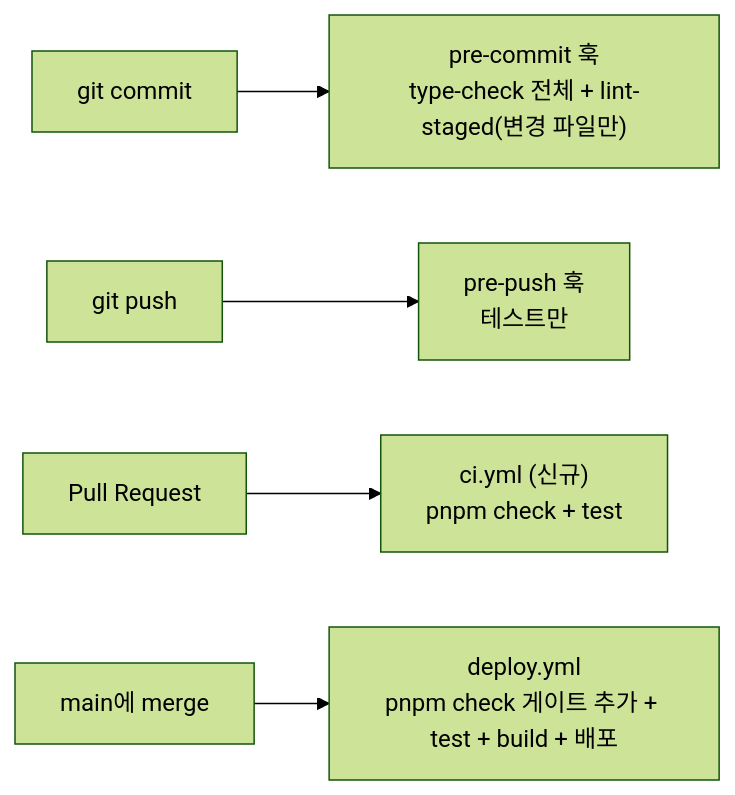
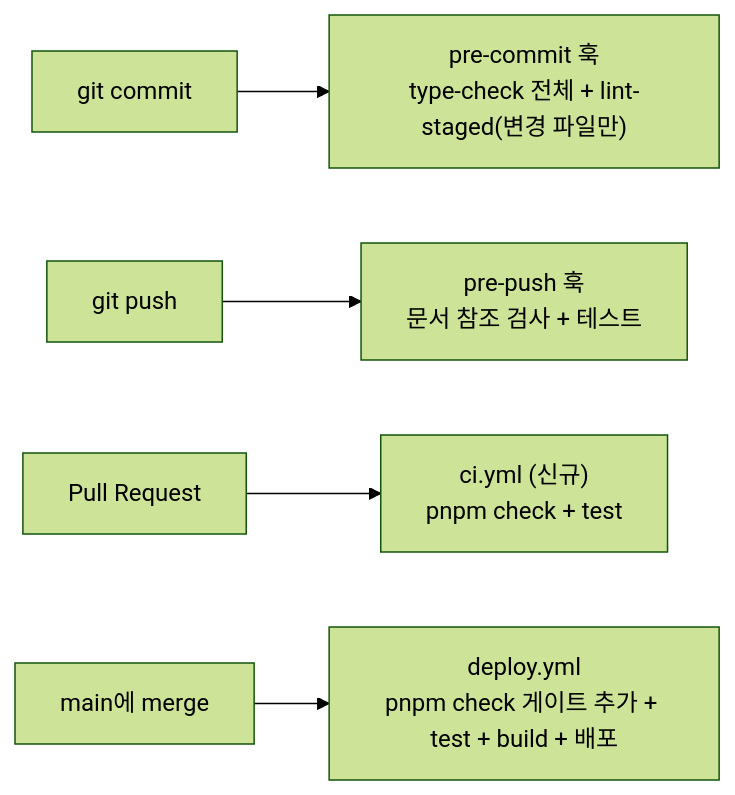
One commit to BAECHAN/link-sphere_FE_NEW changed the diagram in docs/CI-CHECK-GATE.md. Above: the diagram before and after it, drawn with Mermaid (forest theme). The commit also changed other lines of this file and 5 other files, not shown here.

````diff
--- a/docs/CI-CHECK-GATE.md
+++ b/docs/CI-CHECK-GATE.md
@@ -29,7 +29,7 @@
 ```mermaid
 flowchart LR
   Commit["git commit"] --> PreCommit["pre-commit 훅<br/>type-check 전체 + lint-staged(변경 파일만)"]
-  Push["git push"] --> PrePush["pre-push 훅<br/>테스트만"]
+  Push["git push"] --> PrePush["pre-push 훅<br/>문서 참조 검사 + 테스트"]
   PR["Pull Request"] --> CI["ci.yml (신규)<br/>pnpm check + test"]
   Merge["main에 merge"] --> Deploy["deploy.yml<br/>pnpm check 게이트 추가 + test + build + 배포"]
 ```
````
